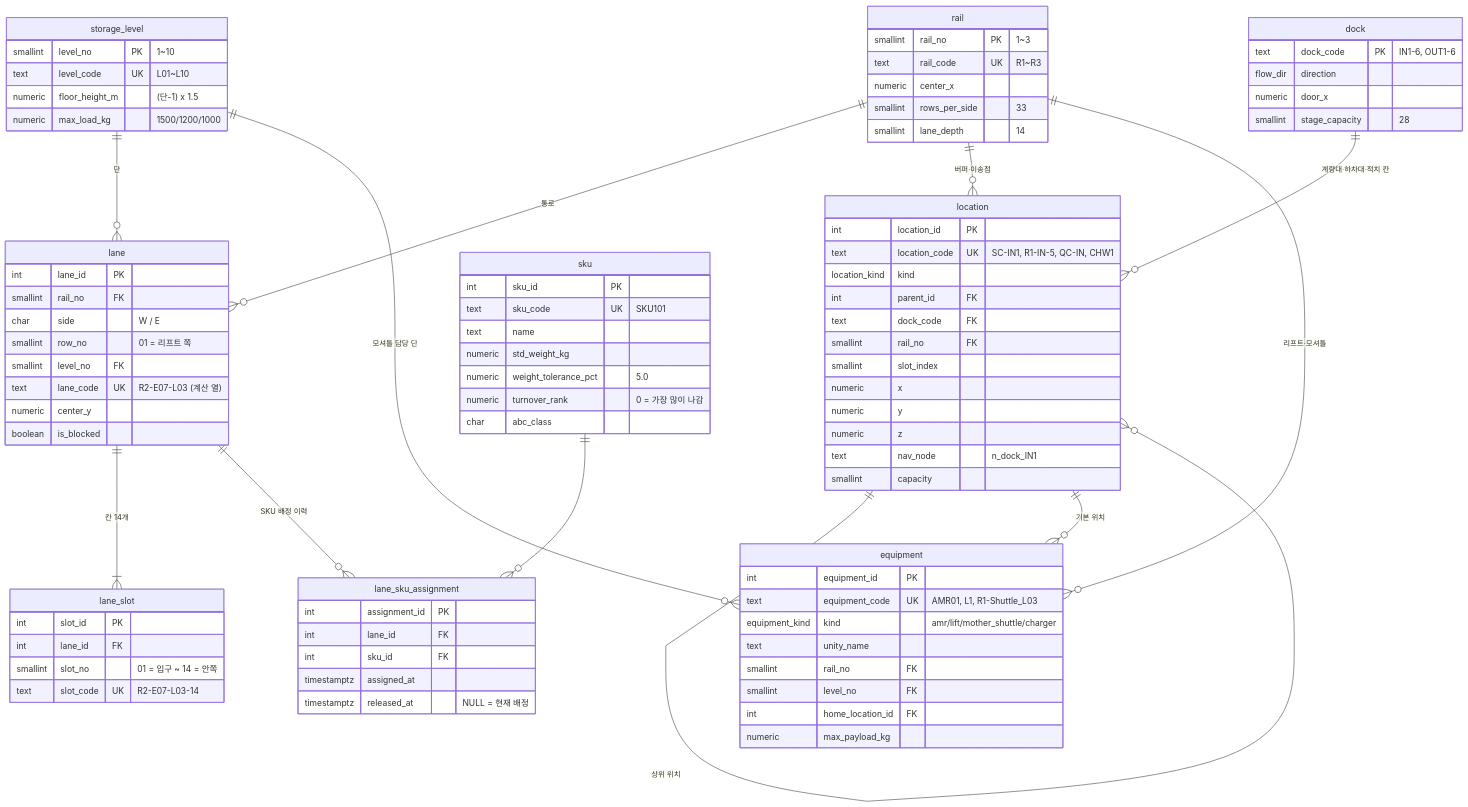
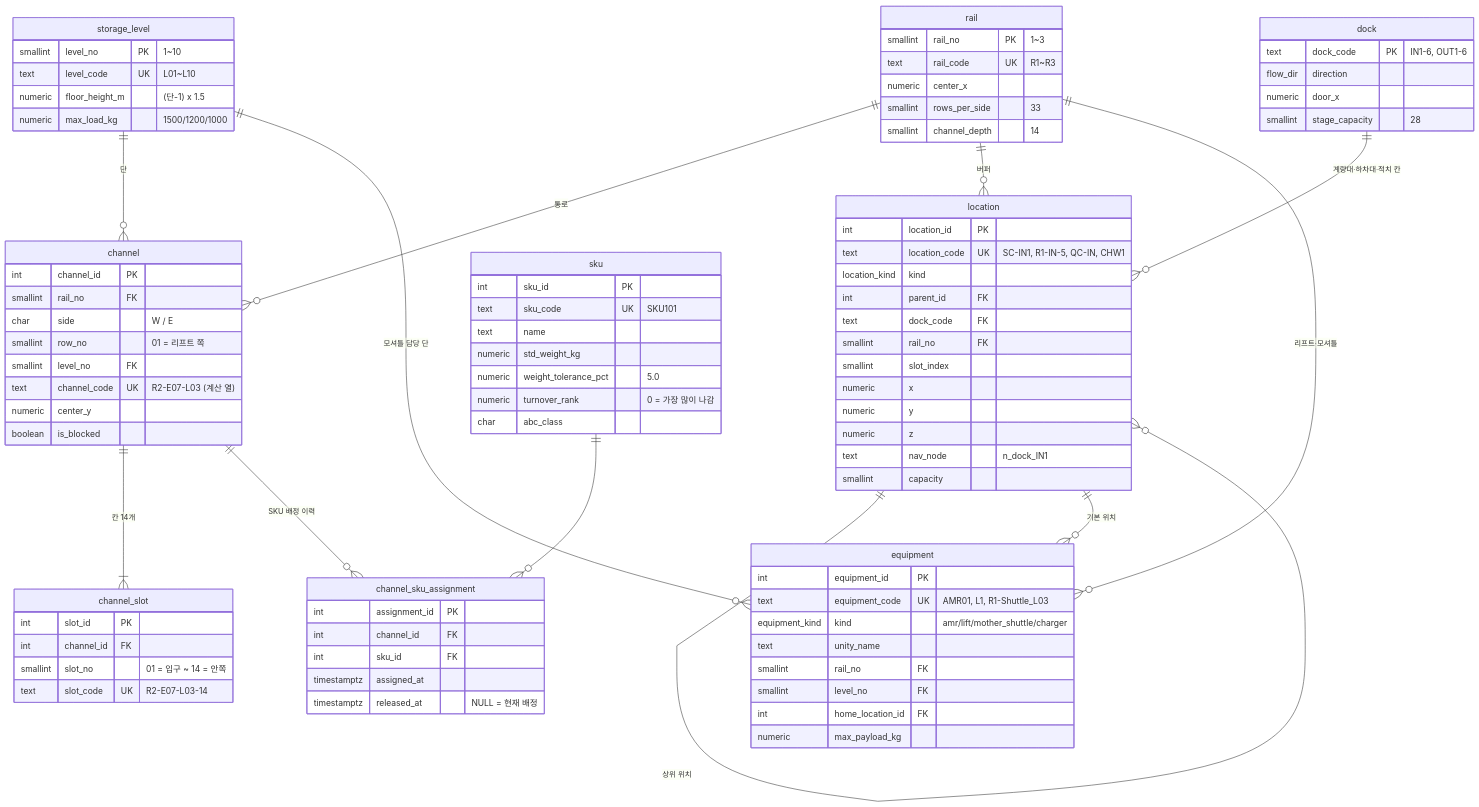
The first of 3 diagrams in docs/database/README.md (jml94-back/Fulfillment_Algorithm), drawn with Mermaid before and after one commit. The commit also changed other lines of this file and 3 other files, not shown here.

````diff
--- a/docs/database/README.md
+++ b/docs/database/README.md
@@ -42,16 +42,16 @@
 ```mermaid
 erDiagram
-    storage_level ||--o{ lane : "단"
-    rail          ||--o{ lane : "통로"
-    lane          ||--|{ lane_slot : "칸 14개"
-    rail          ||--o{ location : "버퍼·이송점"
+    storage_level ||--o{ channel : "단"
+    rail          ||--o{ channel : "통로"
+    channel          ||--|{ channel_slot : "칸 14개"
+    rail          ||--o{ location : "버퍼"
     dock          ||--o{ location : "계량대·하차대·적치 칸"
     location      ||--o{ location : "상위 위치"
     rail          ||--o{ equipment : "리프트·모셔틀"
     storage_level ||--o{ equipment : "모셔틀 담당 단"
     location      ||--o{ equipment : "기본 위치"
-    lane          ||--o{ lane_sku_assignment : "SKU 배정 이력"
-    sku           ||--o{ lane_sku_assignment : ""
+    channel          ||--o{ channel_sku_assignment : "SKU 배정 이력"
+    sku           ||--o{ channel_sku_assignment : ""
 
     storage_level {
         smallint level_no PK "1~10"
@@ -64,27 +64,27 @@
         text rail_code UK "R1~R3"
         numeric center_x
         smallint rows_per_side "33"
-        smallint lane_depth "14"
+        smallint channel_depth "14"
     }
-    lane {
-        int lane_id PK
+    channel {
+        int channel_id PK
         smallint rail_no FK
         char side "W / E"
         smallint row_no "01 = 리프트 쪽"
         smallint level_no FK
-        text lane_code UK "R2-E07-L03 (계산 열)"
+        text channel_code UK "R2-E07-L03 (계산 열)"
         numeric center_y
         boolean is_blocked
     }
-    lane_slot {
+    channel_slot {
         int slot_id PK
-        int lane_id FK
+        int channel_id FK
         smallint slot_no "01 = 입구 ~ 14 = 안쪽"
         text slot_code UK "R2-E07-L03-14"
     }
-    lane_sku_assignment {
+    channel_sku_assignment {
         int assignment_id PK
-        int lane_id FK
+        int channel_id FK
         int sku_id FK
         timestamptz assigned_at
         timestamptz released_at "NULL = 현재 배정"
````
